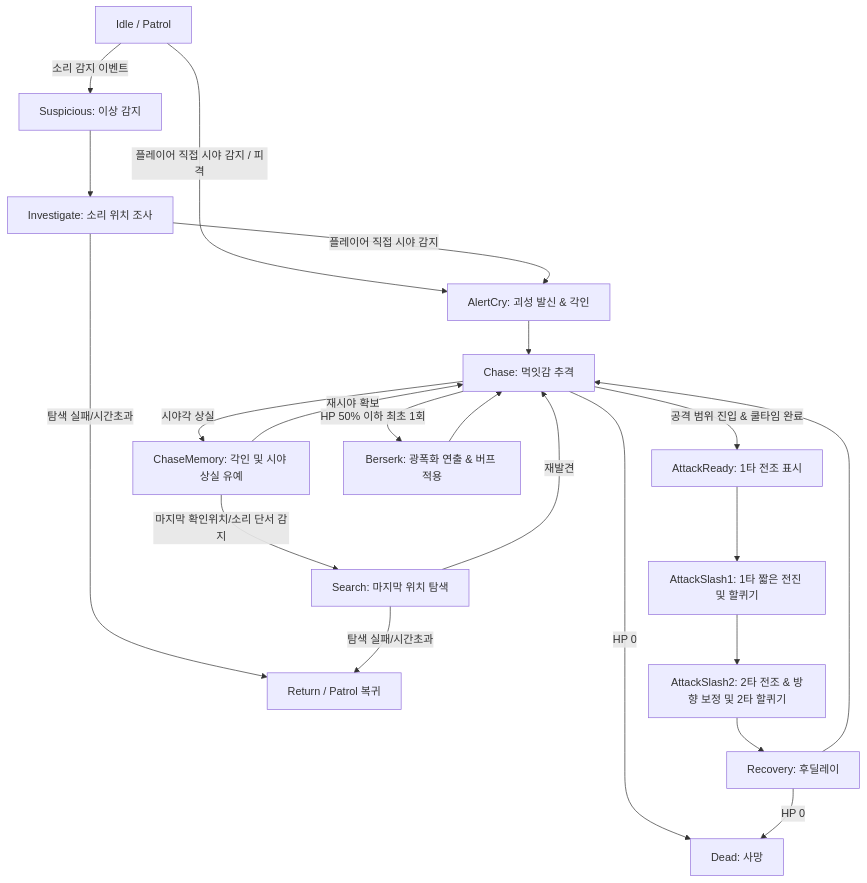
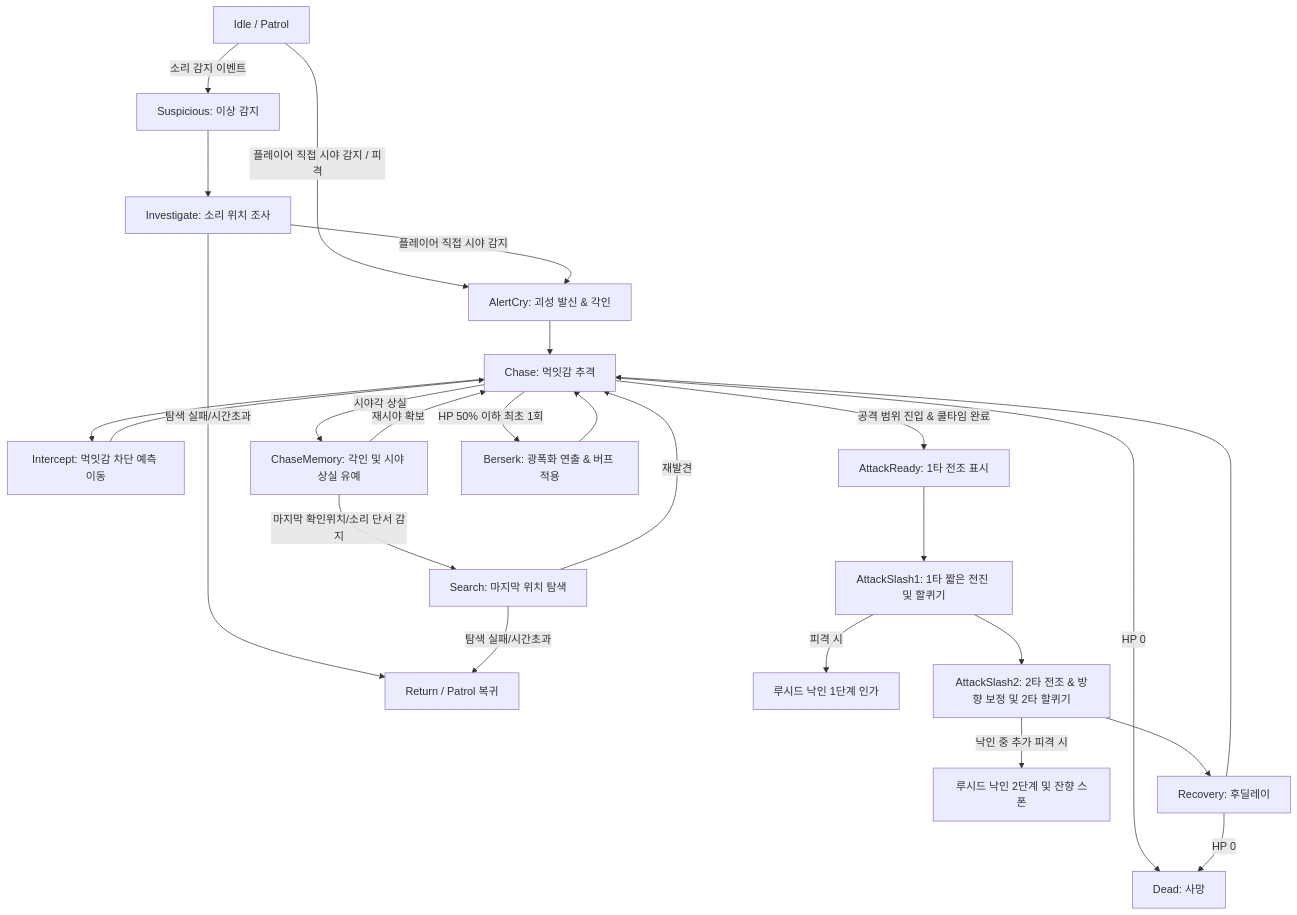
The diagram in LucidDiver_Document/검수/P0.5_꿈식자_에너미_연동_명세서_v1.0.0.md (Jin-o12/Document_LucidDiver), drawn with Mermaid before and after one commit. The commit also changed other lines of this file and 1 other file, not shown here.

````diff
--- a/LucidDiver_Document/검수/P0.5_꿈식자_에너미_연동_명세서_v1.0.0.md
+++ b/LucidDiver_Document/검수/P0.5_꿈식자_에너미_연동_명세서_v1.0.0.md
@@ -49,28 +51,33 @@
 ```mermaid
 flowchart TD
     Idle[Idle / Patrol] -->|플레이어 직접 시야 감지 / 피격| AlertCry[AlertCry: 괴성 발신 & 각인]
     Idle -->|소리 감지 이벤트| Suspicious[Suspicious: 이상 감지]
     Suspicious --> Investigate[Investigate: 소리 위치 조사]
     Investigate -->|플레이어 직접 시야 감지| AlertCry
     Investigate -->|탐색 실패/시간초과| Return[Return / Patrol 복귀]
     
     AlertCry --> Chase[Chase: 먹잇감 추격]
+    Chase --> Intercept[Intercept: 먹잇감 차단 예측 이동]
+    Intercept --> Chase
+    
     Chase -->|공격 범위 진입 & 쿨타임 완료| AttackReady[AttackReady: 1타 전조 표시]
     
     AttackReady --> AttackSlash1[AttackSlash1: 1타 짧은 전진 및 할퀴기]
+    AttackSlash1 -->|피격 시| LucidMark1[루시드 낙인 1단계 인가]
     AttackSlash1 --> AttackSlash2[AttackSlash2: 2타 전조 & 방향 보정 및 2타 할퀴기]
+    AttackSlash2 -->|낙인 중 추가 피격 시| LucidMark2[루시드 낙인 2단계 및 잔향 스폰]
     AttackSlash2 --> Recovery[Recovery: 후딜레이]
     Recovery --> Chase
     
     Chase -->|시야각 상실| ChaseMemory[ChaseMemory: 각인 및 시야 상실 유예]
     ChaseMemory -->|마지막 확인위치/소리 단서 감지| Search[Search: 마지막 위치 탐색]
     ChaseMemory -->|재시야 확보| Chase
     Search -->|재발견| Chase
     Search -->|탐색 실패/시간초과| Return
     
     Chase -->|HP 50% 이하 최초 1회| Berserk[Berserk: 광폭화 연출 & 버프 적용]
     Berserk --> Chase
     
     Chase -->|HP 0| Dead[Dead: 사망]
     Recovery -->|HP 0| Dead
 ```
````
